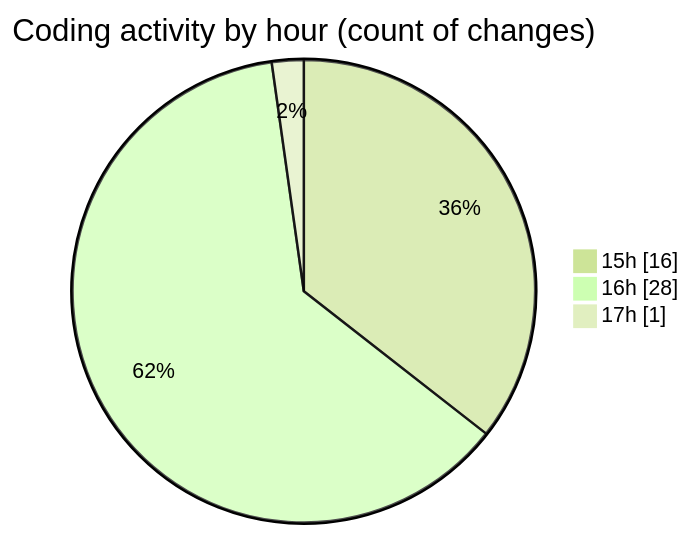
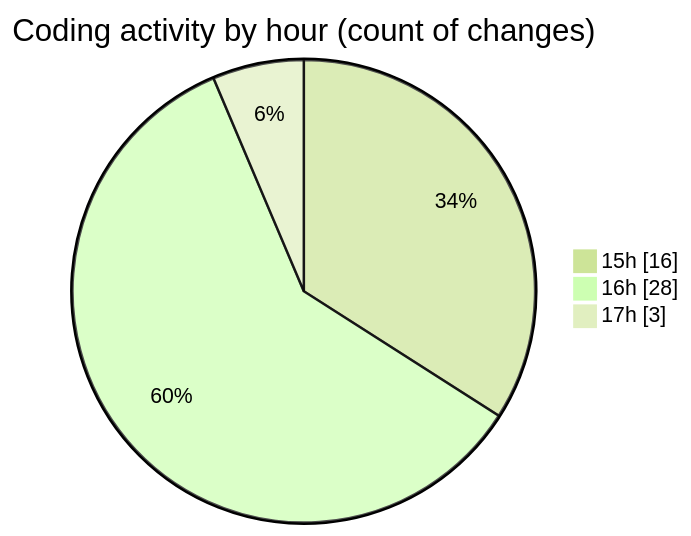
One commit to mevix1/code-tracking changed the second of 2 diagrams in 2025-10-01/oura-api/README.md. Above: the diagram before and after it, drawn with Mermaid (forest theme). The commit also changed other lines of this file and 1 other file, not shown here.

````diff
--- a/2025-10-01/oura-api/README.md
+++ b/2025-10-01/oura-api/README.md
@@ -61,7 +62,7 @@
 ```mermaid
 pie showData
 title Coding activity by hour (count of changes)
 "15h" : 16
 "16h" : 28
-"17h" : 1
+"17h" : 3
 ```
````
